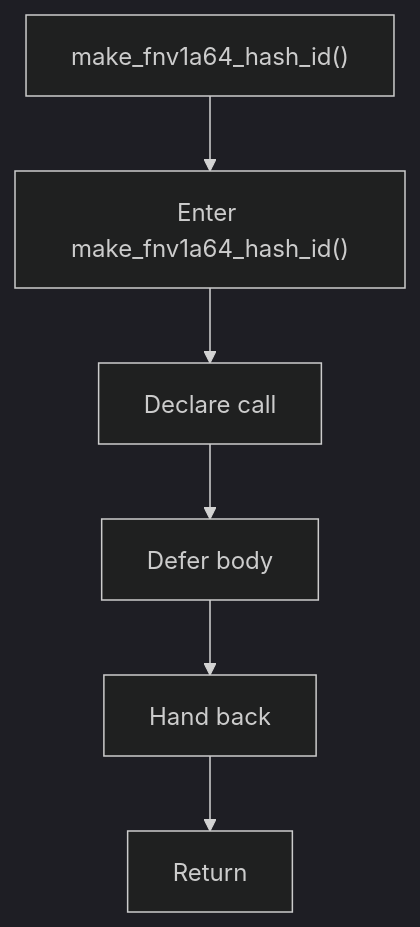
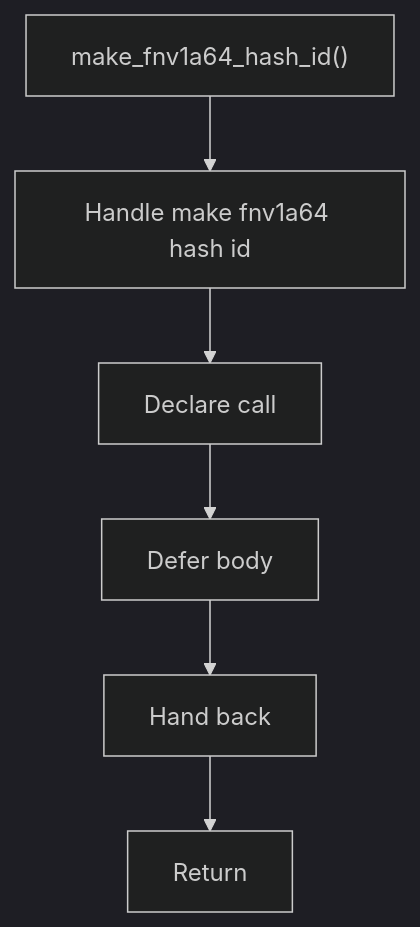
Before and after one commit to JohnAndrewBalbarosa/NeoTerritory: the diagram in docs/Codebase/Microservice/Modules/Header/SyntacticBrokenAST/Trees/Actual/Internal/Flow/functions/make_fnv1a64_hash_id.hpp.md, drawn with Mermaid (dark theme). The commit also changed other lines of this file and 925 other files, not shown here.

````diff
--- a/docs/Codebase/Microservice/Modules/Header/SyntacticBrokenAST/Trees/Actual/Internal/Flow/functions/make_fnv1a64_hash_id.hpp.md
+++ b/docs/Codebase/Microservice/Modules/Header/SyntacticBrokenAST/Trees/Actual/Internal/Flow/functions/make_fnv1a64_hash_id.hpp.md
@@ -16,14 +16,14 @@
 ```mermaid
 flowchart TD
     Start["make_fnv1a64_hash_id()"]
-    N0["Enter make_fnv1a64_hash_id()"]
+    N0["Handle make fnv1a64 hash id"]
     N1["Declare call"]
     N2["Defer body"]
     N3["Hand back"]
     End["Return"]
     Start --> N0
     N0 --> N1
     N1 --> N2
     N2 --> N3
     N3 --> End
 ```
````
